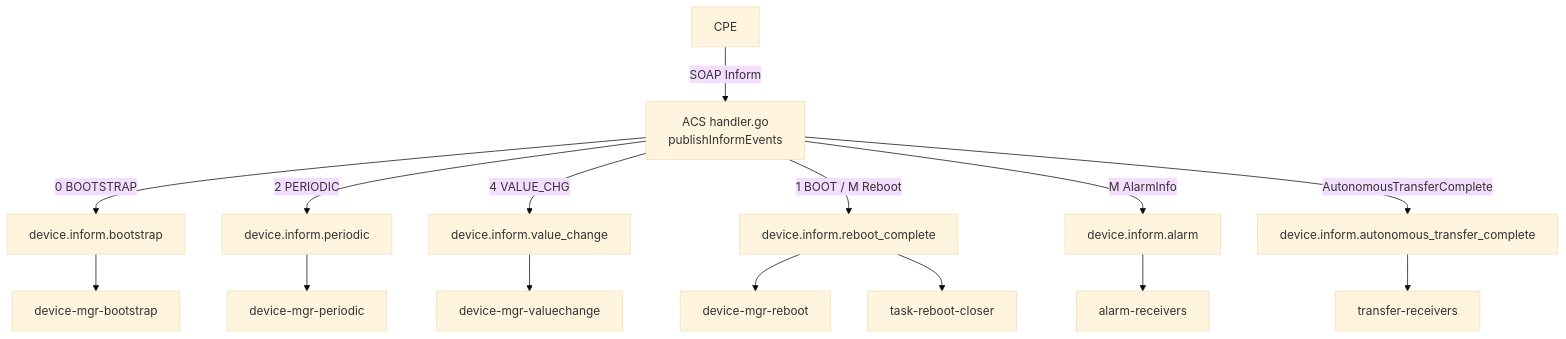
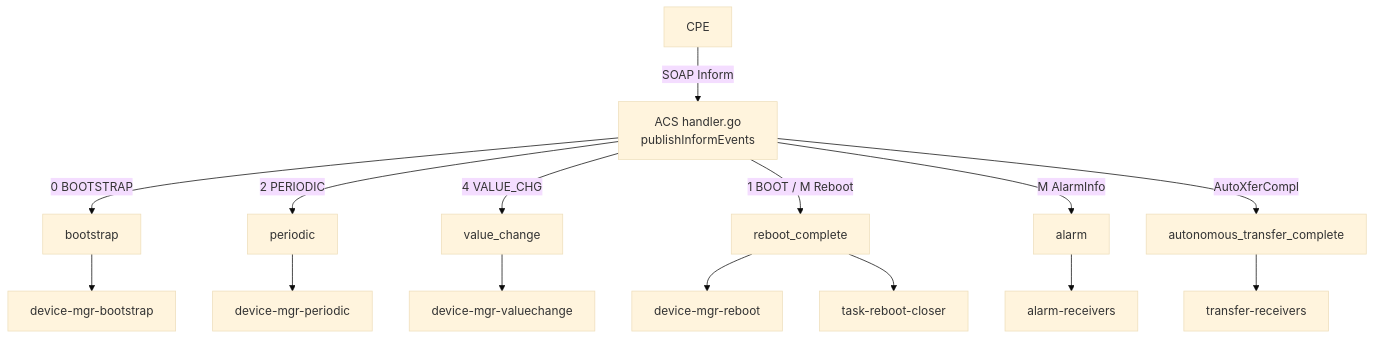
Before and after one commit to bixinhaner/xomc: the fifth of 15 diagrams in docs/消息队列全流程流转说明书.md, drawn with Mermaid (base theme). The commit also changed other lines of this file, not shown here.

First line of the commit message:
docs(mq): 优化《消息队列全流程流转说明书》Mermaid 图的可视化宽度

````diff
--- a/docs/消息队列全流程流转说明书.md
+++ b/docs/消息队列全流程流转说明书.md
@@ -323,17 +333,17 @@
 ```mermaid
 flowchart TB
-    CPE[CPE] -->|SOAP Inform| ACSH[ACS handler.go<br/>publishInformEvents]
-    ACSH -->|0 BOOTSTRAP| S1[device.inform.bootstrap]
-    ACSH -->|2 PERIODIC| S2[device.inform.periodic]
-    ACSH -->|4 VALUE_CHG| S3[device.inform.value_change]
-    ACSH -->|1 BOOT / M Reboot| S4[device.inform.reboot_complete]
-    ACSH -->|M AlarmInfo| S5[device.inform.alarm]
-    ACSH -->|AutonomousTransferComplete| S6[device.inform.autonomous_transfer_complete]
-    S1 --> QBOOT[device-mgr-bootstrap]
-    S2 --> QPERIOD[device-mgr-periodic]
-    S3 --> QVC[device-mgr-valuechange]
-    S4 --> QREBOOT[device-mgr-reboot]
-    S4 --> QCLOSER[task-reboot-closer]
-    S5 --> QALM[alarm-receivers]
-    S6 --> QTRANS[transfer-receivers]
+    CPE[CPE] -- SOAP Inform --> ACSH[ACS handler.go<br/>publishInformEvents]
+    ACSH -- "0 BOOTSTRAP" --> S1[bootstrap]
+    ACSH -- "2 PERIODIC" --> S2[periodic]
+    ACSH -- "4 VALUE_CHG" --> S3[value_change]
+    ACSH -- "1 BOOT / M Reboot" --> S4[reboot_complete]
+    ACSH -- "M AlarmInfo" --> S5[alarm]
+    ACSH -- "AutoXferCompl" --> S6[autonomous_transfer_complete]
+    S1 --> Q1[device-mgr-bootstrap]
+    S2 --> Q2[device-mgr-periodic]
+    S3 --> Q3[device-mgr-valuechange]
+    S4 --> Q4[device-mgr-reboot]
+    S4 --> Q5[task-reboot-closer]
+    S5 --> Q6[alarm-receivers]
+    S6 --> Q7[transfer-receivers]
 ```
````
